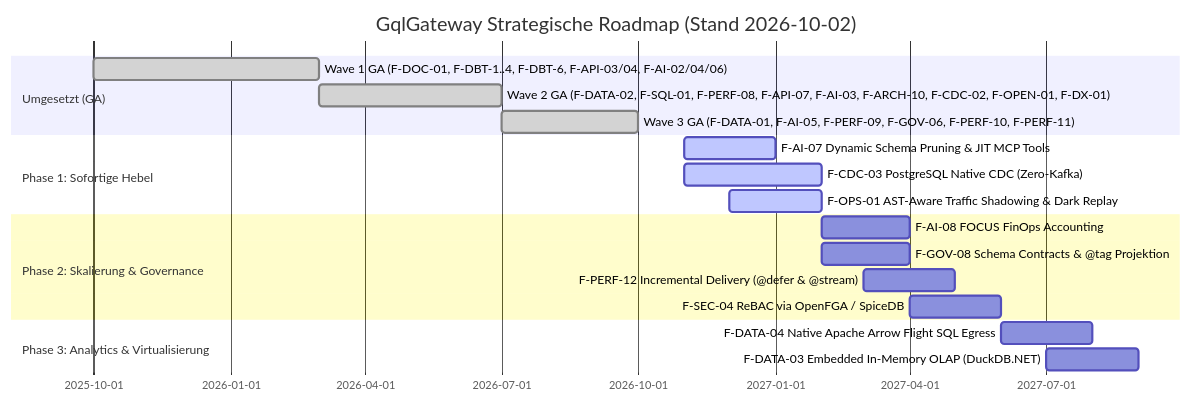
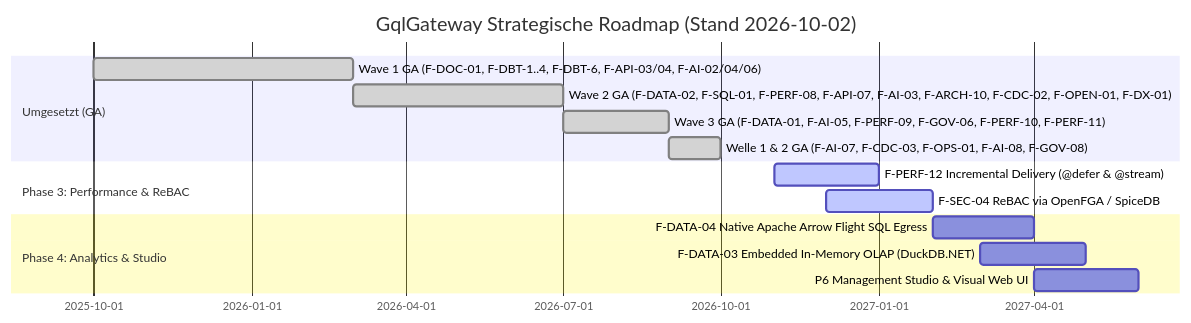
The diagram in marktanalyse.md (themulle/gql), drawn with Mermaid before and after one commit. The commit also changed other lines of this file and 5 other files, not shown here.

````diff
--- a/marktanalyse.md
+++ b/marktanalyse.md
@@ -275,21 +290,17 @@
 ```mermaid
 gantt
     title GqlGateway Strategische Roadmap (Stand 2026-10-02)
     dateFormat  YYYY-MM
     section Umgesetzt (GA)
     Wave 1 GA (F-DOC-01, F-DBT-1..4, F-DBT-6, F-API-03/04, F-AI-02/04/06) :done, 2025-10, 2026-03
     Wave 2 GA (F-DATA-02, F-SQL-01, F-PERF-08, F-API-07, F-AI-03, F-ARCH-10, F-CDC-02, F-OPEN-01, F-DX-01) :done, 2026-03, 2026-07
-    Wave 3 GA (F-DATA-01, F-AI-05, F-PERF-09, F-GOV-06, F-PERF-10, F-PERF-11) :done, 2026-07, 2026-10
-    section Phase 1: Sofortige Hebel
-    F-AI-07 Dynamic Schema Pruning & JIT MCP Tools :active, 2026-11, 2027-01
-    F-CDC-03 PostgreSQL Native CDC (Zero-Kafka) :active, 2026-11, 2027-02
-    F-OPS-01 AST-Aware Traffic Shadowing & Dark Replay :active, 2026-12, 2027-02
-    section Phase 2: Skalierung & Governance
-    F-AI-08 FOCUS FinOps Accounting : 2027-02, 2027-04
-    F-GOV-08 Schema Contracts & @tag Projektion : 2027-02, 2027-04
-    F-PERF-12 Incremental Delivery (@defer & @stream) : 2027-03, 2027-05
-    F-SEC-04 ReBAC via OpenFGA / SpiceDB : 2027-04, 2027-06
-    section Phase 3: Analytics & Virtualisierung
-    F-DATA-04 Native Apache Arrow Flight SQL Egress : 2027-06, 2027-08
-    F-DATA-03 Embedded In-Memory OLAP (DuckDB.NET) : 2027-07, 2027-09
+    Wave 3 GA (F-DATA-01, F-AI-05, F-PERF-09, F-GOV-06, F-PERF-10, F-PERF-11) :done, 2026-07, 2026-09
+    Welle 1 & 2 GA (F-AI-07, F-CDC-03, F-OPS-01, F-AI-08, F-GOV-08) :done, 2026-09, 2026-10
+    section Phase 3: Performance & ReBAC
+    F-PERF-12 Incremental Delivery (@defer & @stream) :active, 2026-11, 2027-01
+    F-SEC-04 ReBAC via OpenFGA / SpiceDB :active, 2026-12, 2027-02
+    section Phase 4: Analytics & Studio
+    F-DATA-04 Native Apache Arrow Flight SQL Egress : 2027-02, 2027-04
+    F-DATA-03 Embedded In-Memory OLAP (DuckDB.NET) : 2027-03, 2027-05
+    P6 Management Studio & Visual Web UI : 2027-04, 2027-06
 ```
````
